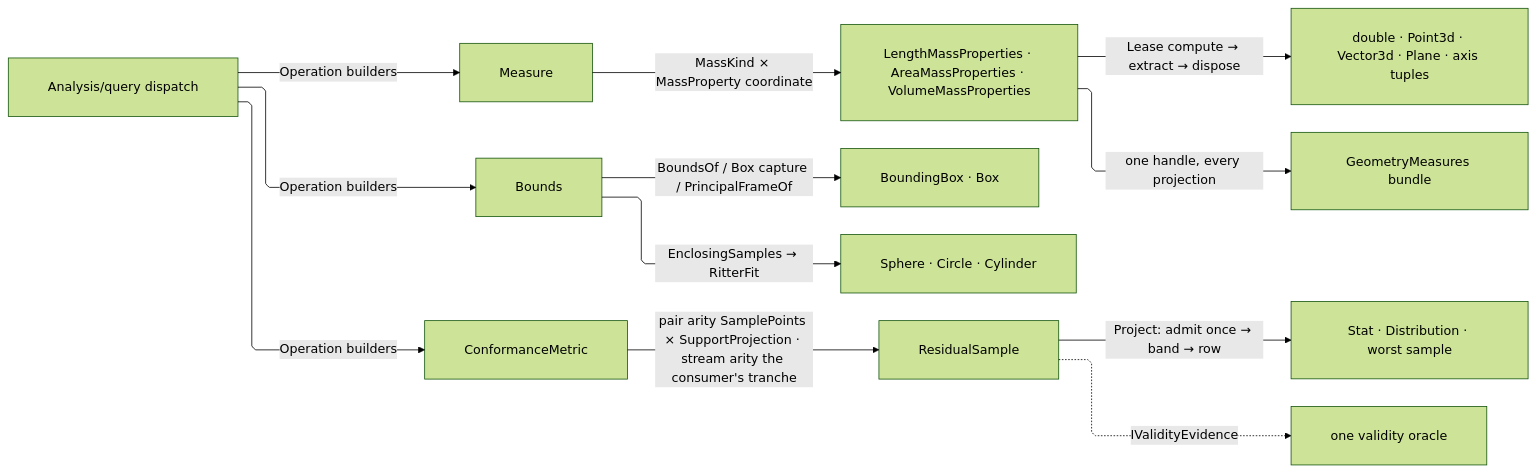
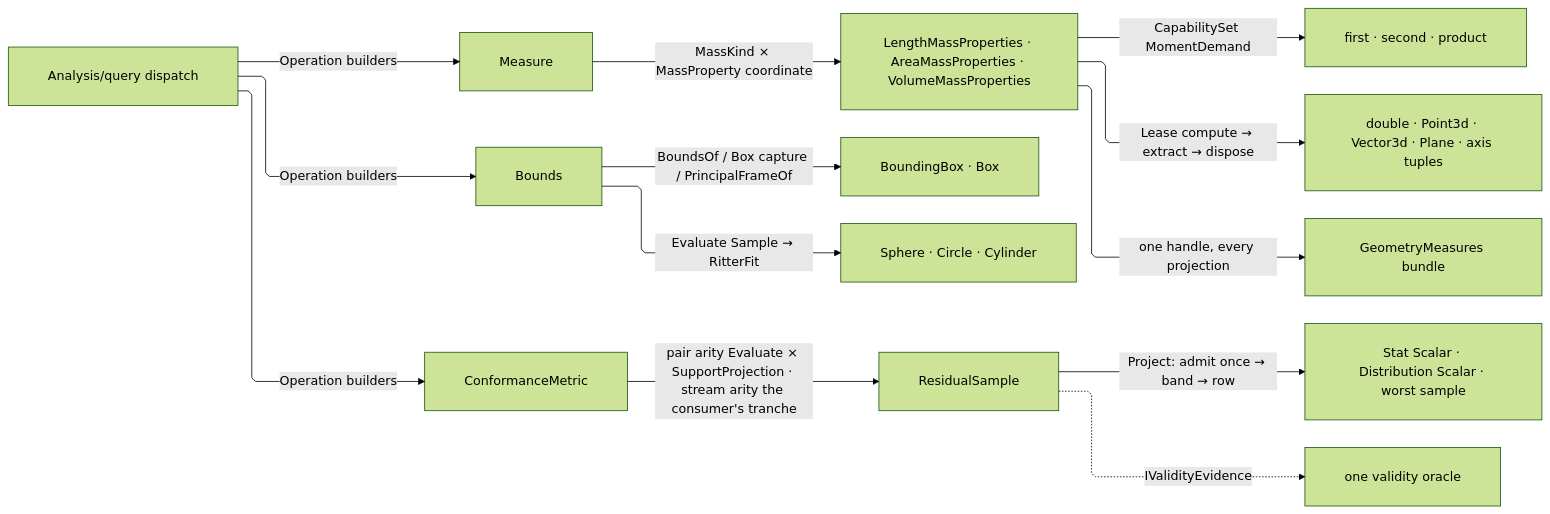
Before and after one commit to bsamiee/Rasm: the diagram in libs/csharp/Rasm/.planning/Analysis/measure.md, drawn with Mermaid (forest theme). The commit also changed other lines of this file and 818 other files, not shown here.

````diff
--- a/libs/csharp/Rasm/.planning/Analysis/measure.md
+++ b/libs/csharp/Rasm/.planning/Analysis/measure.md
@@ -729,21 +848,22 @@
 ```mermaid
 ---
 config:
   layout: elk
   flowchart:
     curve: linear
     padding: 25
 ---
 flowchart LR
     accTitle: Mass, bounds, and conformance measurement fan
-    accDescr: The query dispatch forwarding into the three family builders, the mass coordinate resolving length, area, and volume properties into one bundle of projections, bounds yielding boxes and fitted solids, and conformance folding residuals into statistics under the validity oracle from either a sampled pair or a consumer's measured tranche.
+    accDescr: The query dispatch forwarding into the three family builders, the mass coordinate resolving length, area, and volume properties into one bundle of projections under one moment-demand set, bounds yielding boxes and fitted solids, and conformance folding residuals into carrier statistics under the validity oracle from either a sampled pair or a consumer's measured tranche.
     Query[Analysis/query dispatch] -->|Operation builders| Measure & Bounds & ConformanceMetric
     Measure -->|MassKind × MassProperty coordinate| MassOps[LengthMassProperties · AreaMassProperties · VolumeMassProperties]
+    MassOps -->|CapabilitySet MomentDemand| Demands[first · second · product]
     MassOps -->|Lease compute → extract → dispose| Projections[double · Point3d · Vector3d · Plane · axis tuples]
     MassOps -->|one handle, every projection| GeometryMeasures[GeometryMeasures bundle]
     Bounds -->|BoundsOf / Box capture / PrincipalFrameOf| Boxes[BoundingBox · Box]
-    Bounds -->|EnclosingSamples → RitterFit| Solids[Sphere · Circle · Cylinder]
-    ConformanceMetric -->|pair arity SamplePoints × SupportProjection · stream arity the consumer's tranche| ResidualSample
-    ResidualSample -->|Project: admit once → band → row| Statistics[Stat · Distribution · worst sample]
+    Bounds -->|Evaluate Sample → RitterFit| Solids[Sphere · Circle · Cylinder]
+    ConformanceMetric -->|pair arity Evaluate × SupportProjection · stream arity the consumer's tranche| ResidualSample
+    ResidualSample -->|Project: admit once → band → row| Statistics[Stat Scalar · Distribution Scalar · worst sample]
     ResidualSample -.->|IValidityEvidence| Oracle[one validity oracle]
 ```
````
